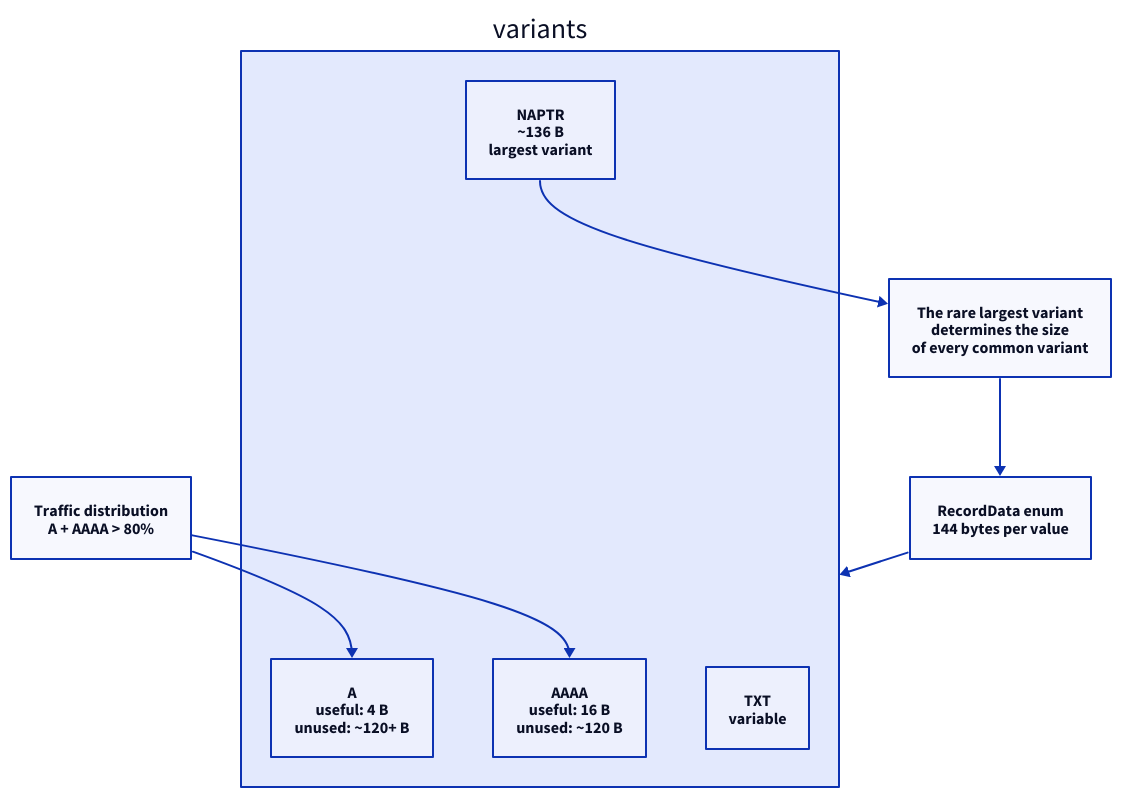
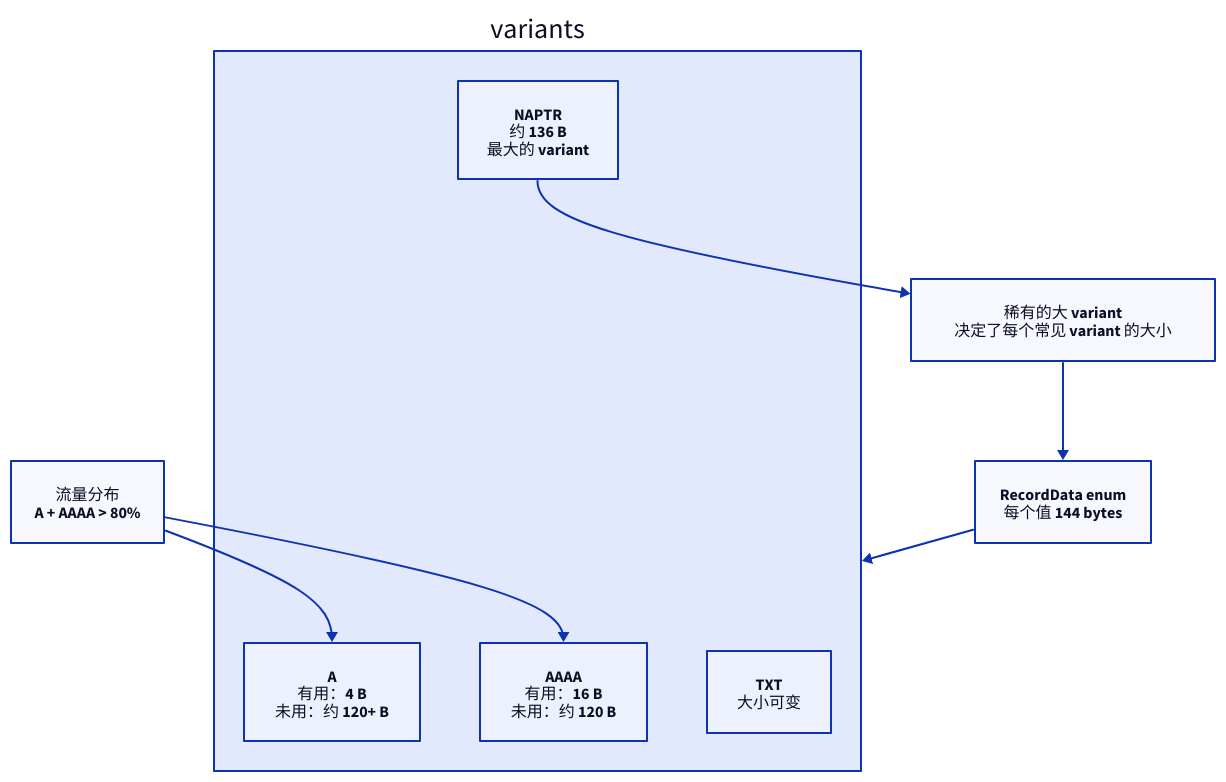
One commit to Disdjj/blog changed the sixth of 11 diagrams in content/posts/how-cloudflare-1111-saved-100-tb-of-memory-by-refactoring-dns-cache-memory-layout-by-chatgpt-mh23d.md. Above: the diagram before and after it, drawn with D2. The commit also changed other lines of this file, not shown here.

````diff
--- a/content/posts/how-cloudflare-1111-saved-100-tb-of-memory-by-refactoring-dns-cache-memory-layout-by-chatgpt-mh23d.md
+++ b/content/posts/how-cloudflare-1111-saved-100-tb-of-memory-by-refactoring-dns-cache-memory-layout-by-chatgpt-mh23d.md
@@ -828,29 +826,29 @@
 ```d2
 direction: down
 
-enum: "RecordData enum\n144 bytes per value"
+enum: "RecordData enum\n每个值 144 bytes"
 
 variants: {
   direction: right
 
-  a: "A\nuseful: 4 B\nunused: ~120+ B"
+  a: "A\n有用：4 B\n未用：约 120+ B"
 
-  aaaa: "AAAA\nuseful: 16 B\nunused: ~120 B"
+  aaaa: "AAAA\n有用：16 B\n未用：约 120 B"
 
-  txt: "TXT\nvariable"
+  txt: "TXT\n大小可变"
 
-  naptr: "NAPTR\n~136 B\nlargest variant"
+  naptr: "NAPTR\n约 136 B\n最大的 variant"
 }
 
 enum -> variants
 
-traffic: "Traffic distribution\nA + AAAA > 80%"
+traffic: "流量分布\nA + AAAA > 80%"
 
 traffic -> variants.a
 traffic -> variants.aaaa
 
-problem: "The rare largest variant\ndetermines the size\nof every common variant"
+problem: "稀有的大 variant\n决定了每个常见 variant 的大小"
 
 variants.naptr -> problem
 problem -> enum
 ```
````
